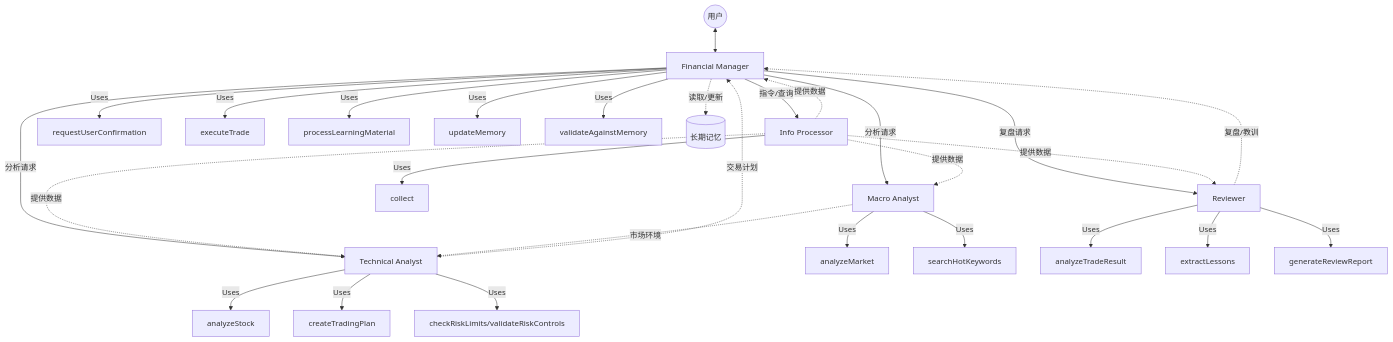
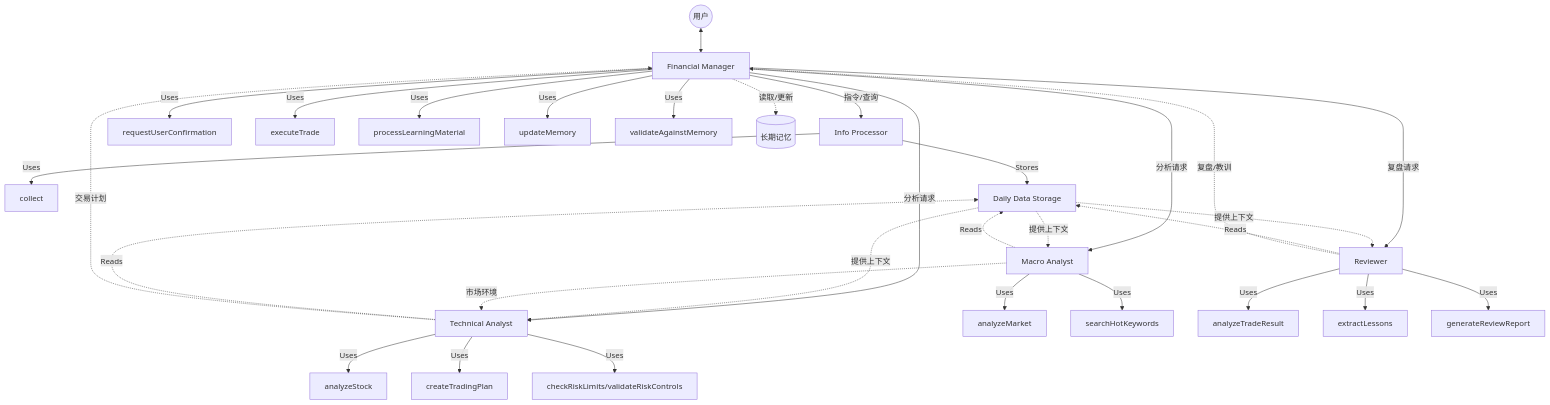
One commit to tanmingtao1994-gif/fincrew changed the diagram in specs/001-ai-financial-assistant/plan.md. Above: the diagram before and after it, drawn with Mermaid. The commit also changed other lines of this file and 2 other files, not shown here.

````diff
--- a/specs/001-ai-financial-assistant/plan.md
+++ b/specs/001-ai-financial-assistant/plan.md
@@ -205,42 +205,45 @@
 ```mermaid
 graph TD
     User((用户)) <--> FM[Financial Manager]
     
     FM -->|指令/查询| IP[Info Processor]
     FM -->|分析请求| MA[Macro Analyst]
     FM -->|分析请求| TA[Technical Analyst]
     FM -->|复盘请求| REV[Reviewer]
     
     %% Skills 依赖
     FM -->|Uses| S_Confirm[requestUserConfirmation]
     FM -->|Uses| S_Exec[executeTrade]
     FM -->|Uses| S_Learn[processLearningMaterial]
     FM -->|Uses| S_MemUpd[updateMemory]
     FM -->|Uses| S_MemVal[validateAgainstMemory]
 
     IP -->|Uses| S_Collect[collect]
+    IP -->|Stores| DailyData[Daily Data Storage]
     
     MA -->|Uses| S_MktAna[analyzeMarket]
     MA -->|Uses| S_HotKey[searchHotKeywords]
+    MA -.->|Reads| DailyData
     
     TA -->|Uses| S_StkAna[analyzeStock]
     TA -->|Uses| S_Plan[createTradingPlan]
     TA -->|Uses| S_Risk[checkRiskLimits/validateRiskControls]
+    TA -.->|Reads| DailyData
     
     REV -->|Uses| S_TrdRes[analyzeTradeResult]
     REV -->|Uses| S_Less[extractLessons]
     REV -->|Uses| S_Rep[generateReviewReport]
+    REV -.->|Reads| DailyData
     
     %% 数据流
-    IP -.->|提供数据| FM
-    IP -.->|提供数据| MA
-    IP -.->|提供数据| TA
-    IP -.->|提供数据| REV
+    DailyData -.->|提供上下文| MA
+    DailyData -.->|提供上下文| TA
+    DailyData -.->|提供上下文| REV
     
     TA -.->|交易计划| FM
     MA -.->|市场环境| TA
     REV -.->|复盘/教训| FM
     
     %% 记忆流
     FM -.->|读取/更新| Memory[(长期记忆)]
 ```
````
